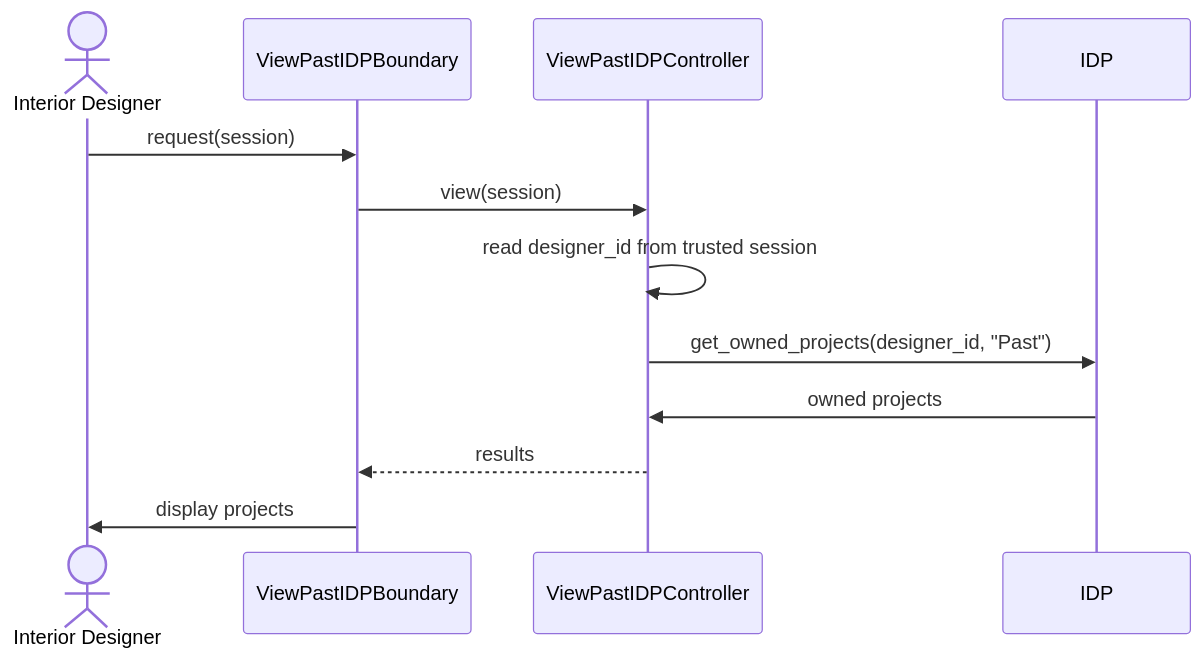
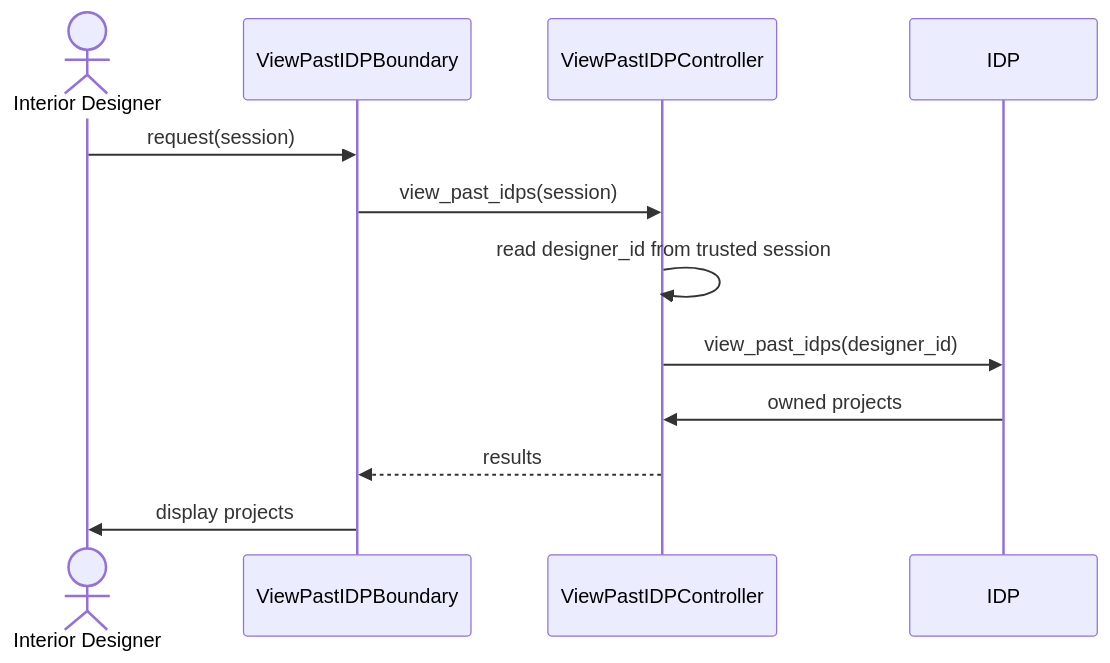
Before and after one commit to boyinapuddle/CSIT314-Chinese: the second of 2 diagrams in diagrams/US26_View_Past_IDPs/README.md, drawn with Mermaid. The commit also changed other lines of this file and 140 other files, not shown here.

````diff
--- a/diagrams/US26_View_Past_IDPs/README.md
+++ b/diagrams/US26_View_Past_IDPs/README.md
@@ -20,14 +20,14 @@
 ```mermaid
 sequenceDiagram
     actor P0 as Interior Designer
     participant P1 as ViewPastIDPBoundary
     participant P2 as ViewPastIDPController
     participant P3 as IDP
     P0->>P1: request(session)
-    P1->>P2: view(session)
+    P1->>P2: view_past_idps(session)
     P2->>P2: read designer_id from trusted session
-    P2->>P3: get_owned_projects(designer_id, "Past")
+    P2->>P3: view_past_idps(designer_id)
     P3->>P2: owned projects
     P2-->>P1: results
     P1->>P0: display projects
 ```
````
